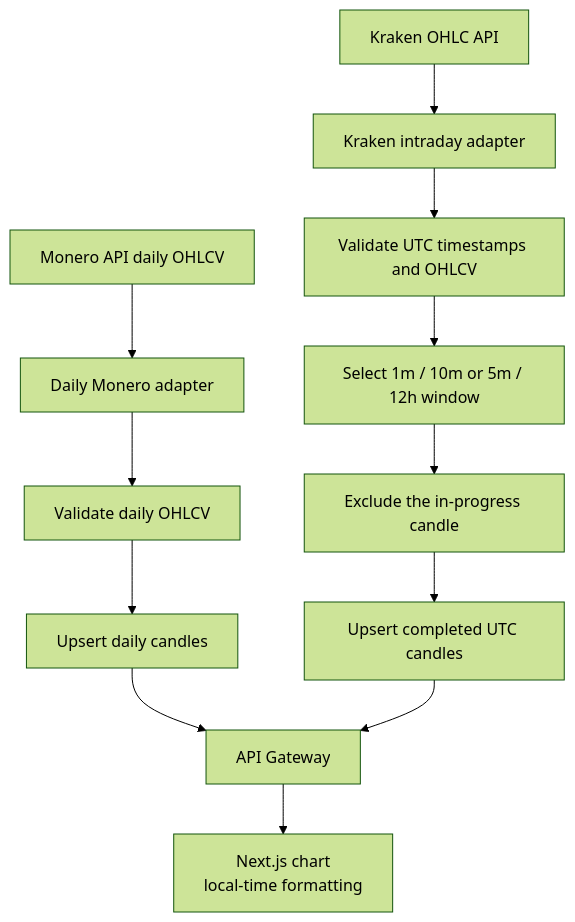
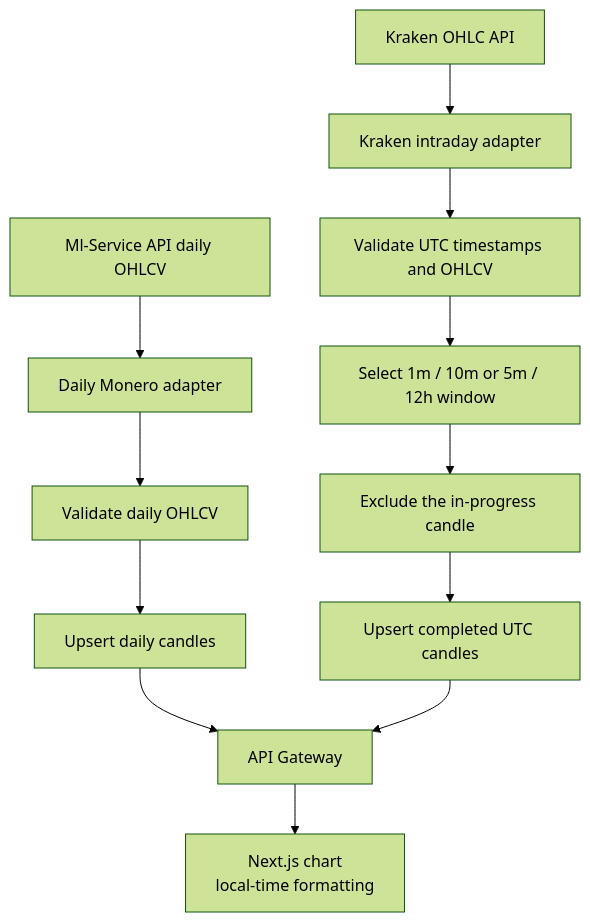
The third of 4 diagrams in docs/architecture/diagrams.md (AyLZz17/XMRPrediction-Lab), drawn with Mermaid (forest theme) before and after one commit. The commit also changed other lines of this file and 135 other files, not shown here.

````diff
--- a/docs/architecture/diagrams.md
+++ b/docs/architecture/diagrams.md
@@ -113,27 +113,27 @@
 ```mermaid
 flowchart TD
-    daily["Monero API daily OHLCV"]
+    daily["Ml-Service API daily OHLCV"]
     kraken["Kraken OHLC API"]
     dailyAdapter["Daily Monero adapter"]
     intradayAdapter["Kraken intraday adapter"]
     validateDaily["Validate daily OHLCV"]
     validateIntraday["Validate UTC timestamps and OHLCV"]
     dailyStore["Upsert daily candles"]
     window["Select 1m / 10m or 5m / 12h window"]
     closed["Exclude the in-progress candle"]
     intradayStore["Upsert completed UTC candles"]
     gateway["API Gateway"]
     ui["Next.js chart<br/>local-time formatting"]
 
     daily --> dailyAdapter
     dailyAdapter --> validateDaily
     validateDaily --> dailyStore
     dailyStore --> gateway
     kraken --> intradayAdapter
     intradayAdapter --> validateIntraday
     validateIntraday --> window
     window --> closed
     closed --> intradayStore
     intradayStore --> gateway
     gateway --> ui
 ```
````
